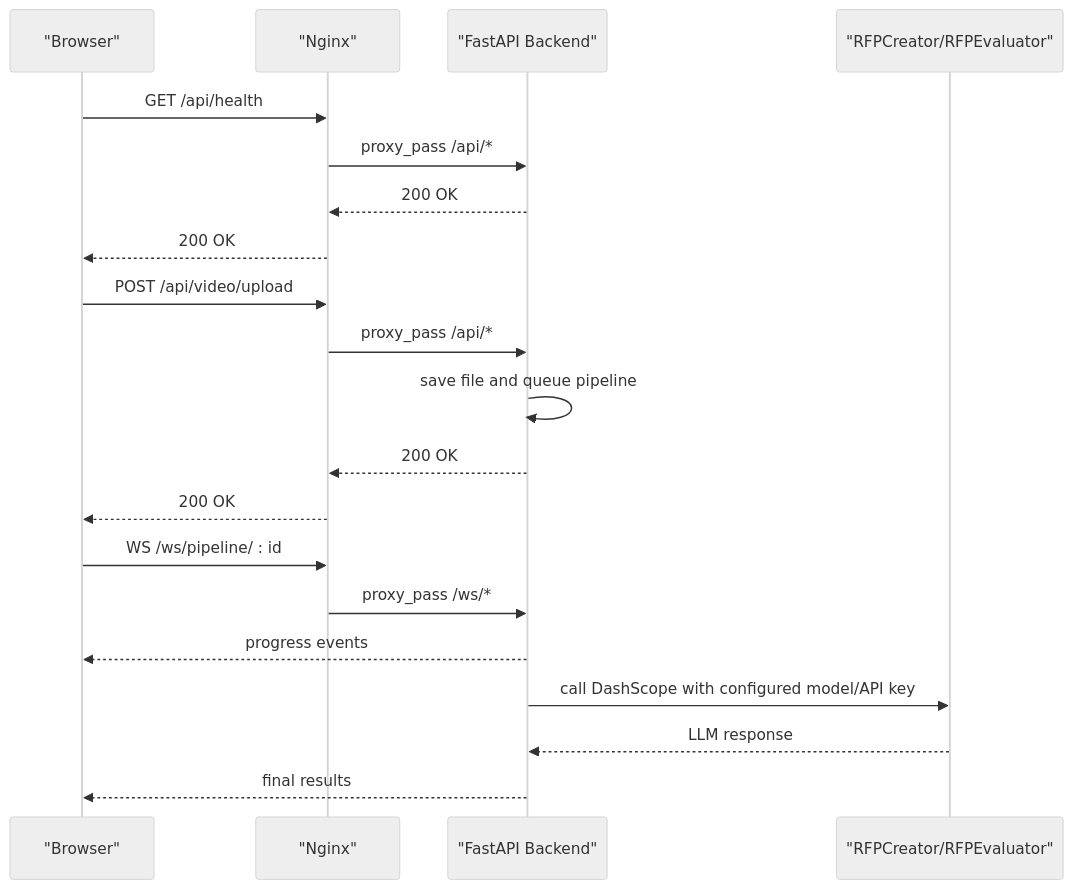
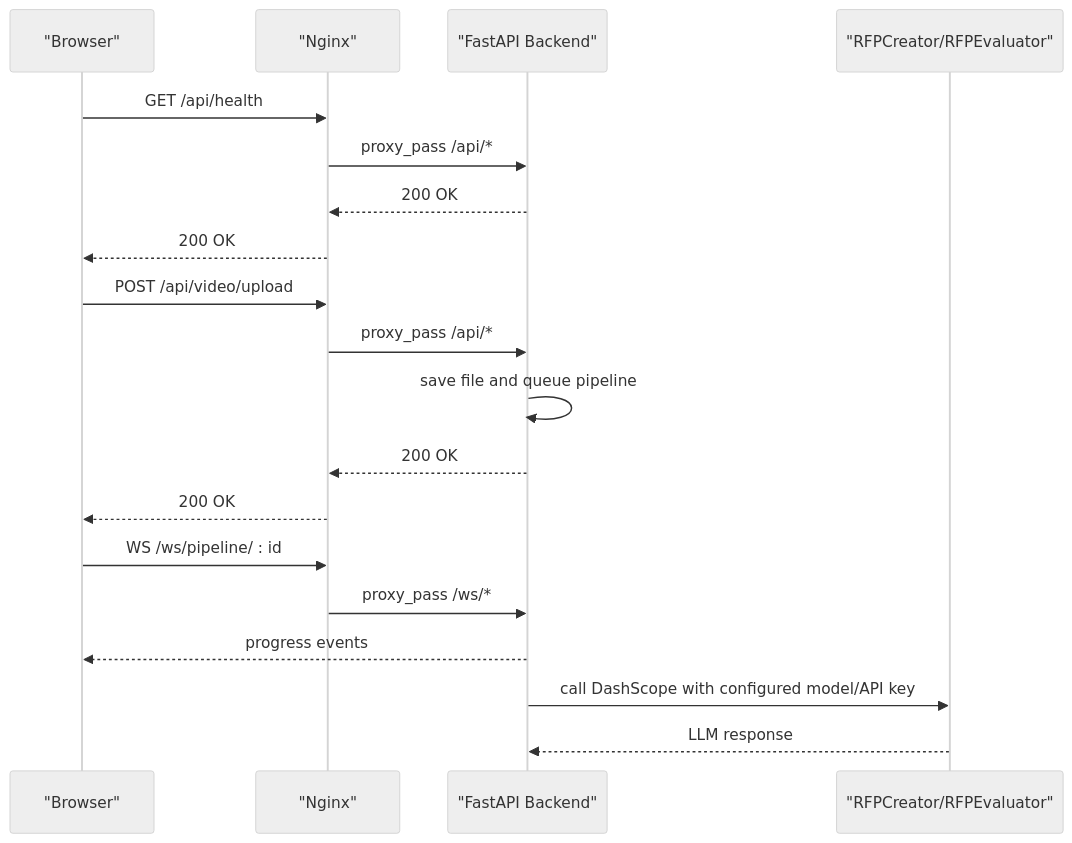
One commit to alexandreybasta-cyber/dubai-media-ai changed the second of 8 diagrams in .qoder/repowiki/en/content/Configuration and Environment.md. Above: the diagram before and after it, drawn with Mermaid (neutral theme). The commit also changed other lines of this file and 25 other files, not shown here.

````diff
--- a/.qoder/repowiki/en/content/Configuration and Environment.md
+++ b/.qoder/repowiki/en/content/Configuration and Environment.md
@@ -109,22 +128,21 @@
 ```mermaid
 sequenceDiagram
 participant Browser as "Browser"
 participant Nginx as "Nginx"
 participant Backend as "FastAPI Backend"
 participant Service as "RFPCreator/RFPEvaluator"
 Browser->>Nginx : GET /api/health
 Nginx->>Backend : proxy_pass /api/*
 Backend-->>Nginx : 200 OK
 Nginx-->>Browser : 200 OK
 Browser->>Nginx : POST /api/video/upload
 Nginx->>Backend : proxy_pass /api/*
 Backend->>Backend : save file and queue pipeline
 Backend-->>Nginx : 200 OK
 Nginx-->>Browser : 200 OK
 Browser->>Nginx : WS /ws/pipeline/ : id
 Nginx->>Backend : proxy_pass /ws/*
 Backend-->>Browser : progress events
 Backend->>Service : call DashScope with configured model/API key
 Service-->>Backend : LLM response
-Backend-->>Browser : final results
 ```
````
